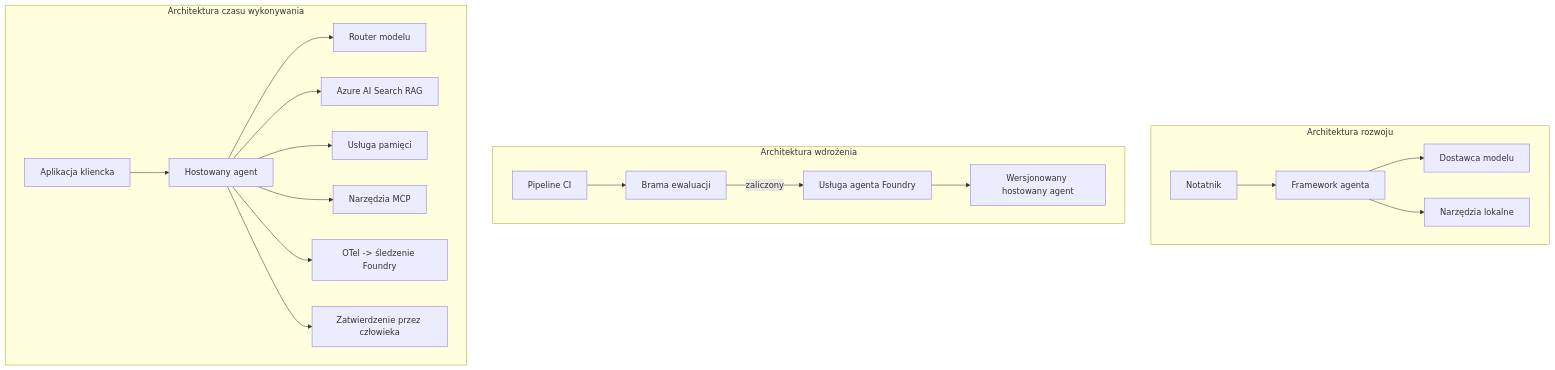
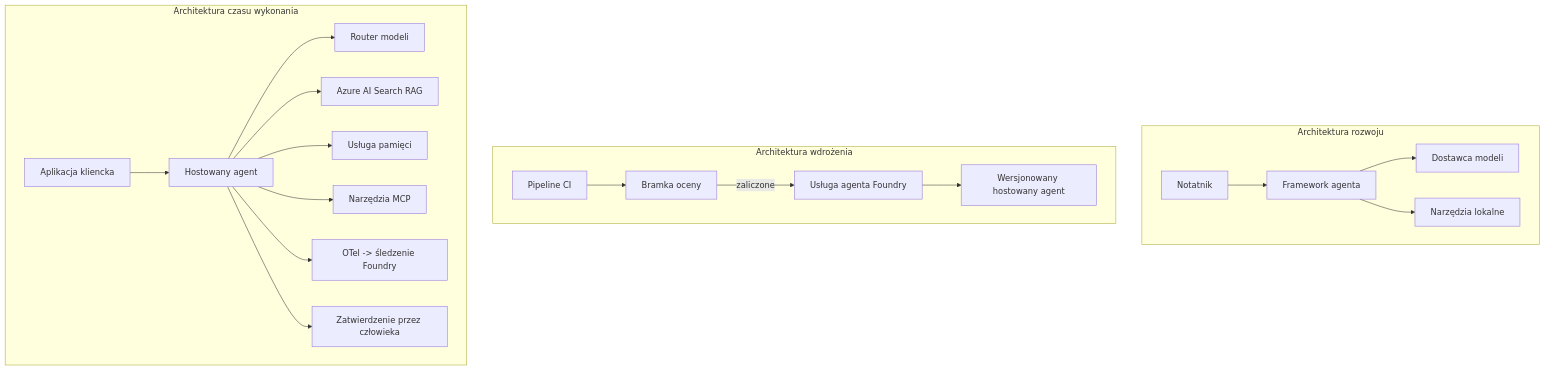
The fourth of 4 diagrams in translations/pl/16-deploying-scalable-agents/README.md (microsoft/ai-agents-for-beginners), drawn with Mermaid before and after one commit. The commit also changed other lines of this file and 47 other files, not shown here.

````diff
--- a/translations/pl/16-deploying-scalable-agents/README.md
+++ b/translations/pl/16-deploying-scalable-agents/README.md
@@ -185,22 +185,22 @@
 ```mermaid
 flowchart TB
     subgraph Dev[Architektura rozwoju]
         D1[Notatnik] --> D2[Framework agenta]
-        D2 --> D3[Dostawca modelu]
+        D2 --> D3[Dostawca modeli]
         D2 --> D4[Narzędzia lokalne]
     end
     subgraph Deploy[Architektura wdrożenia]
-        E1[Pipeline CI] --> E2[Brama ewaluacji]
-        E2 -->|zaliczony| E3[Usługa agenta Foundry]
+        E1[Pipeline CI] --> E2[Bramka oceny]
+        E2 -->|zaliczone| E3[Usługa agenta Foundry]
         E3 --> E4[Wersjonowany hostowany agent]
     end
-    subgraph Run[Architektura czasu wykonywania]
+    subgraph Run[Architektura czasu wykonania]
         F1[Aplikacja kliencka] --> F2[Hostowany agent]
-        F2 --> F3[Router modelu]
+        F2 --> F3[Router modeli]
         F2 --> F4[Azure AI Search RAG]
         F2 --> F5[Usługa pamięci]
         F2 --> F6[Narzędzia MCP]
         F2 --> F7[OTel -> śledzenie Foundry]
         F2 --> F8[Zatwierdzenie przez człowieka]
     end
 ```
````
